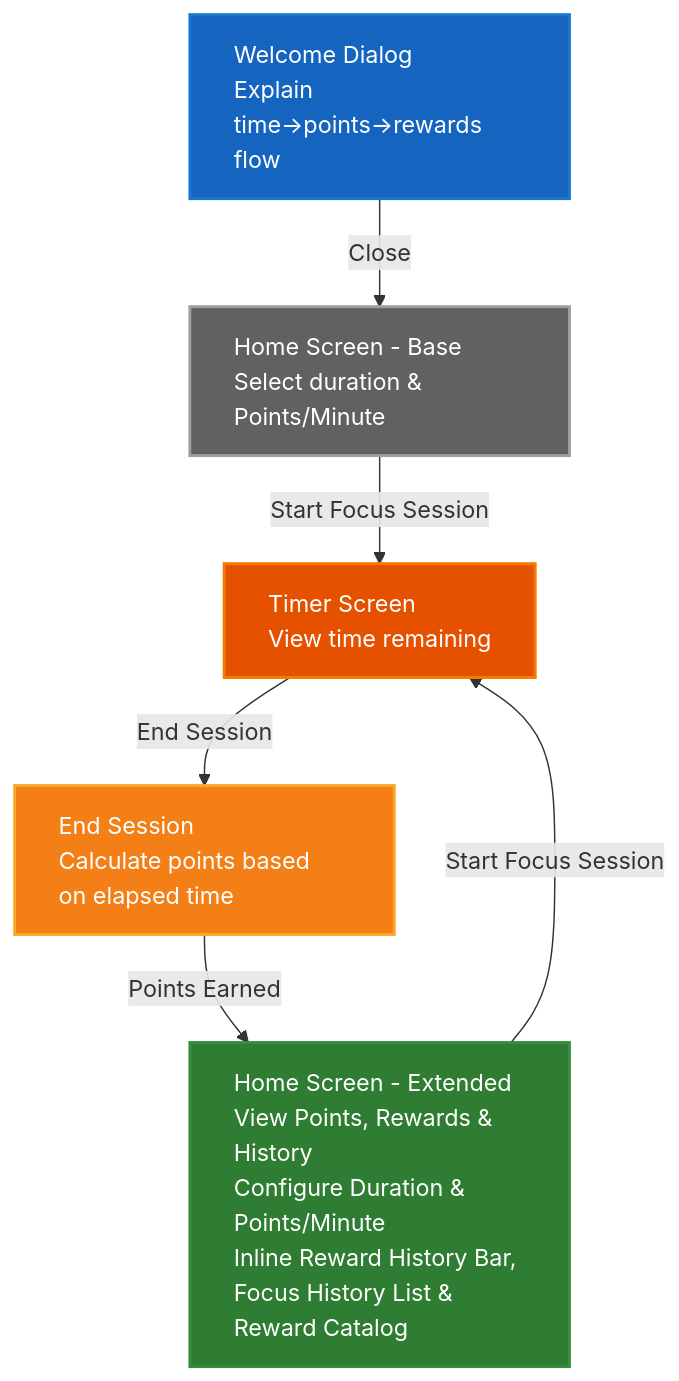
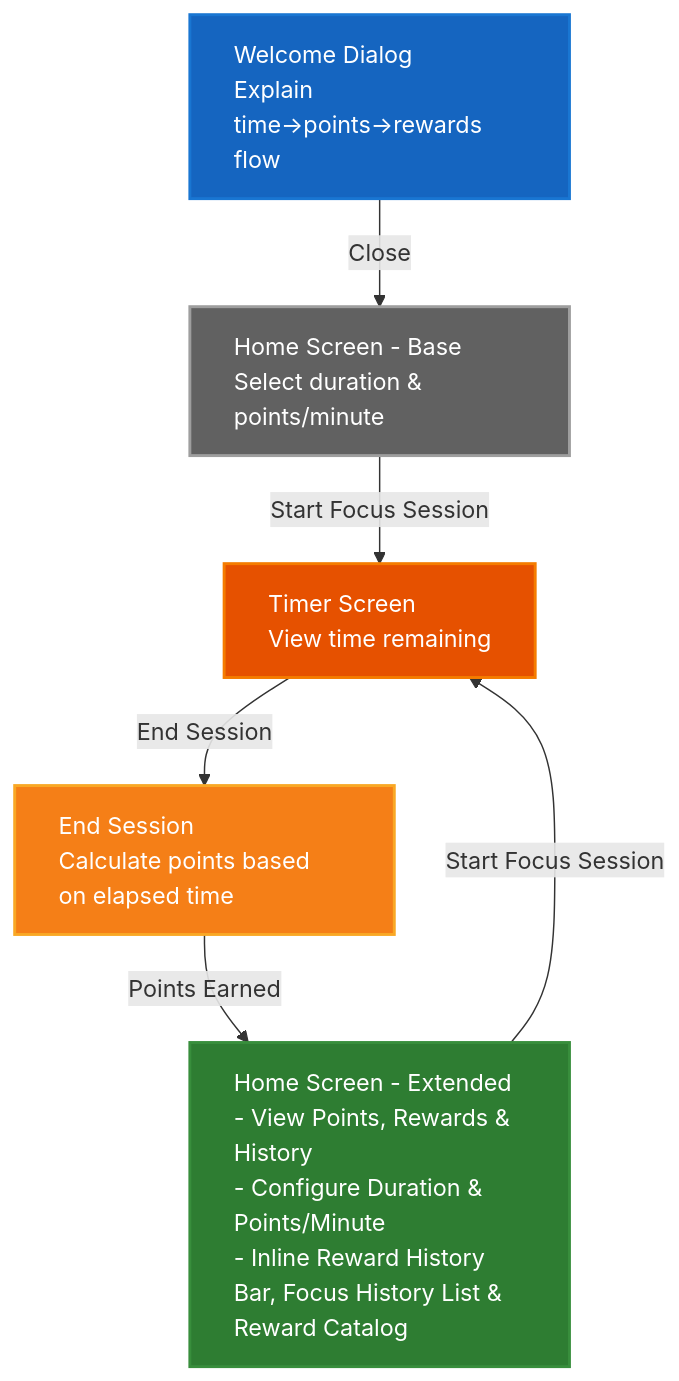
The diagram in design.md (michellekli/PomoExchange), drawn with Mermaid before and after one commit.

Commit message:
Add bullets for list

````diff
--- a/design.md
+++ b/design.md
@@ -101,30 +101,30 @@
 ```mermaid
 flowchart TD
    %% Define styles
    classDef welcome fill:#1565c0,stroke:#1976d2,stroke-width:2px,color:#fff,text-align:left
    classDef homeBase fill:#616161,stroke:#9e9e9e,stroke-width:2px,color:#fff,text-align:left
    classDef timer fill:#e65100,stroke:#f57c00,stroke-width:2px,color:#fff,text-align:left
    classDef homeExtended fill:#2e7d32,stroke:#388e3c,stroke-width:2px,color:#fff,text-align:left
    classDef action fill:#f57f17,stroke:#f9a825,stroke-width:2px,color:#fff,text-align:left
 
    %% Welcome Dialog
    Welcome[Welcome Dialog<br/>Explain time→points→rewards flow]:::welcome
    Welcome -->|Close| HomeBase
 
    %% Home Screen - Base
-   HomeBase[Home Screen - Base<br/>Select duration & Points/Minute]:::homeBase
+   HomeBase[Home Screen - Base<br/>Select duration & points/minute]:::homeBase
    HomeBase -->|Start Focus Session| Timer
 
    %% Timer Screen
    Timer[Timer Screen<br/>View time remaining]:::timer
    Timer -->|End Session| EndSession
 
    %% End Session
    EndSession[End Session<br/>Calculate points based on elapsed time]:::action
    EndSession -->|Points Earned| HomeExtended
 
    %% Home Screen - Extended
-   HomeExtended[Home Screen - Extended<br/>View Points, Rewards & History<br/>Configure Duration & Points/Minute<br/>Inline Reward History Bar, Focus History List & Reward Catalog]:::homeExtended
+   HomeExtended[Home Screen - Extended<br/>- View Points, Rewards & History<br/>- Configure Duration & Points/Minute<br/>- Inline Reward History Bar, Focus History List & Reward Catalog]:::homeExtended
    HomeExtended -->|Start Focus Session| Timer
 
 ```
````
